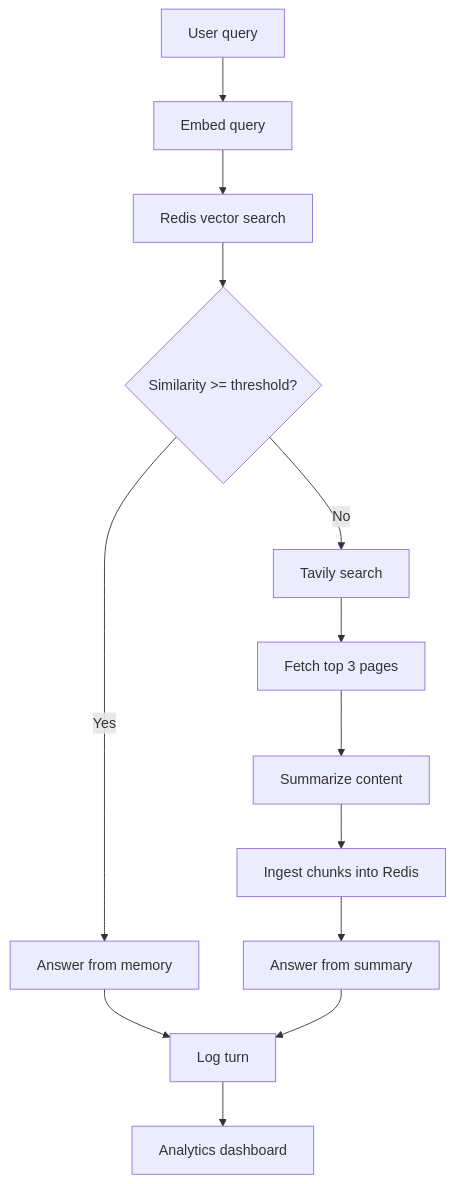
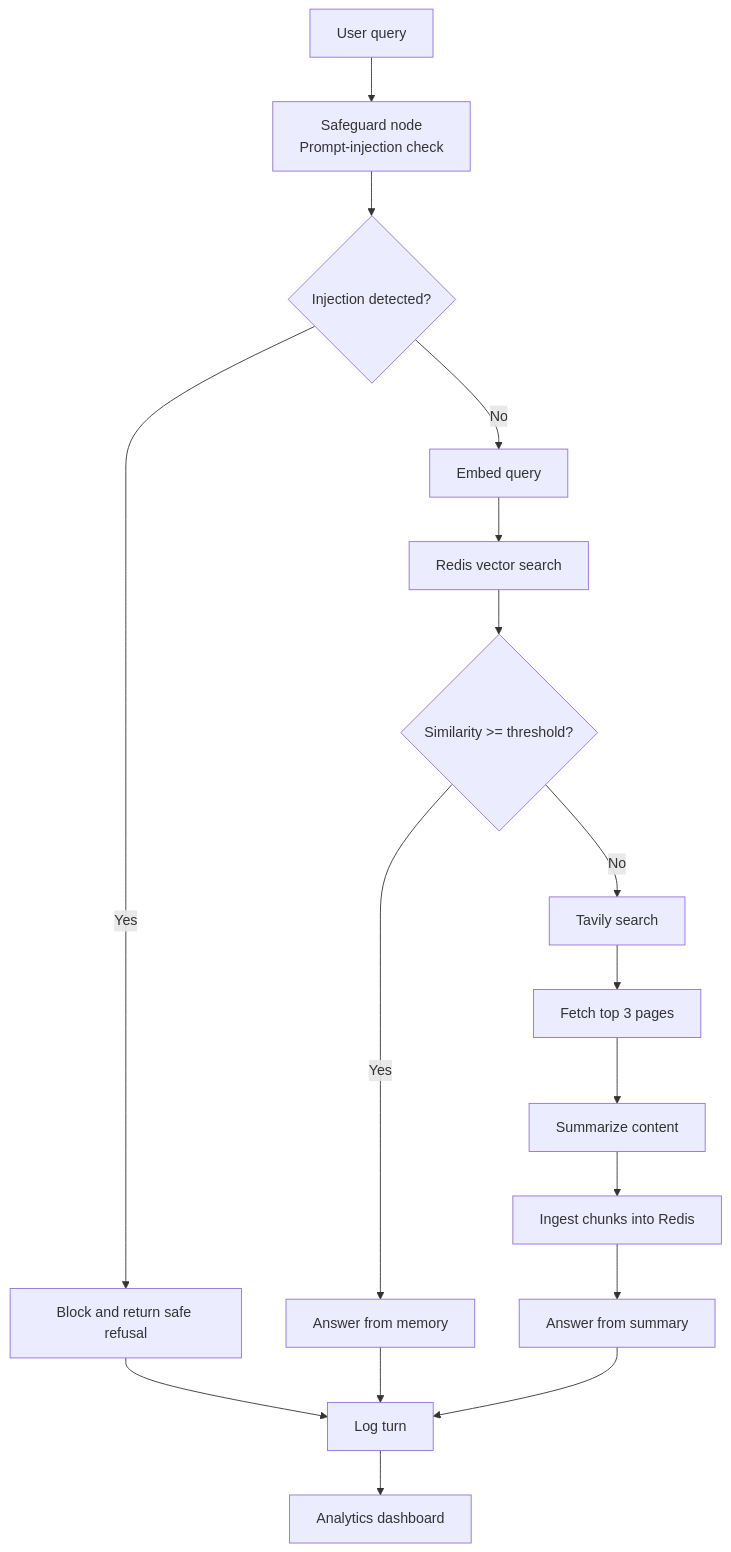
The diagram in README.md (kiril-vassilev/memory-first-agent), drawn with Mermaid before and after one commit. The commit also changed other lines of this file and 4 other files, not shown here.

````diff
--- a/README.md
+++ b/README.md
@@ -18,15 +20,19 @@
 ```mermaid
 flowchart TD
-   Q[User query] --> E[Embed query]
+   Q[User query] --> G[Safeguard node\nPrompt-injection check]
+   G --> B{Injection detected?}
+   B -->|Yes| X[Block and return safe refusal]
+   B -->|No| E[Embed query]
    E --> M[Redis vector search]
    M --> T{Similarity >= threshold?}
    T -->|Yes| H[Answer from memory]
    T -->|No| S[Tavily search]
    S --> F[Fetch top 3 pages]
    F --> Z[Summarize content]
    Z --> I[Ingest chunks into Redis]
    I --> A[Answer from summary]
+   X --> L[Log turn]
    H --> L[Log turn]
    A --> L
    L --> D[Analytics dashboard]
 ```
````
